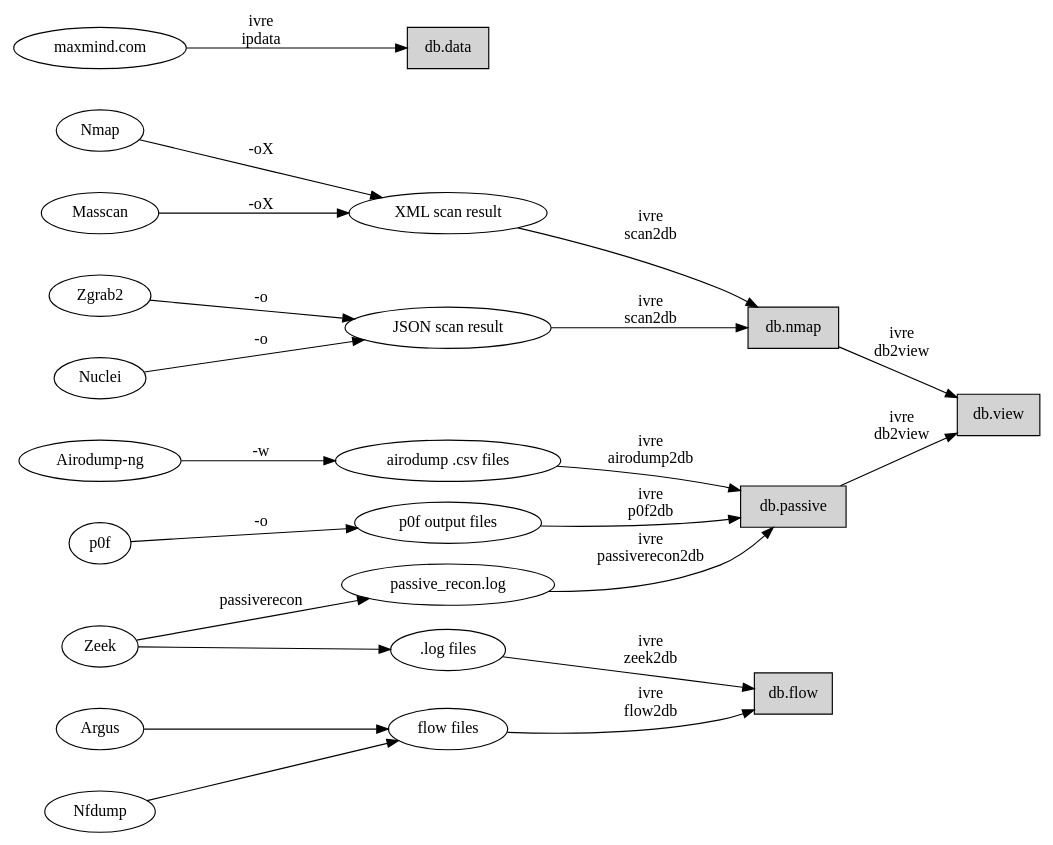
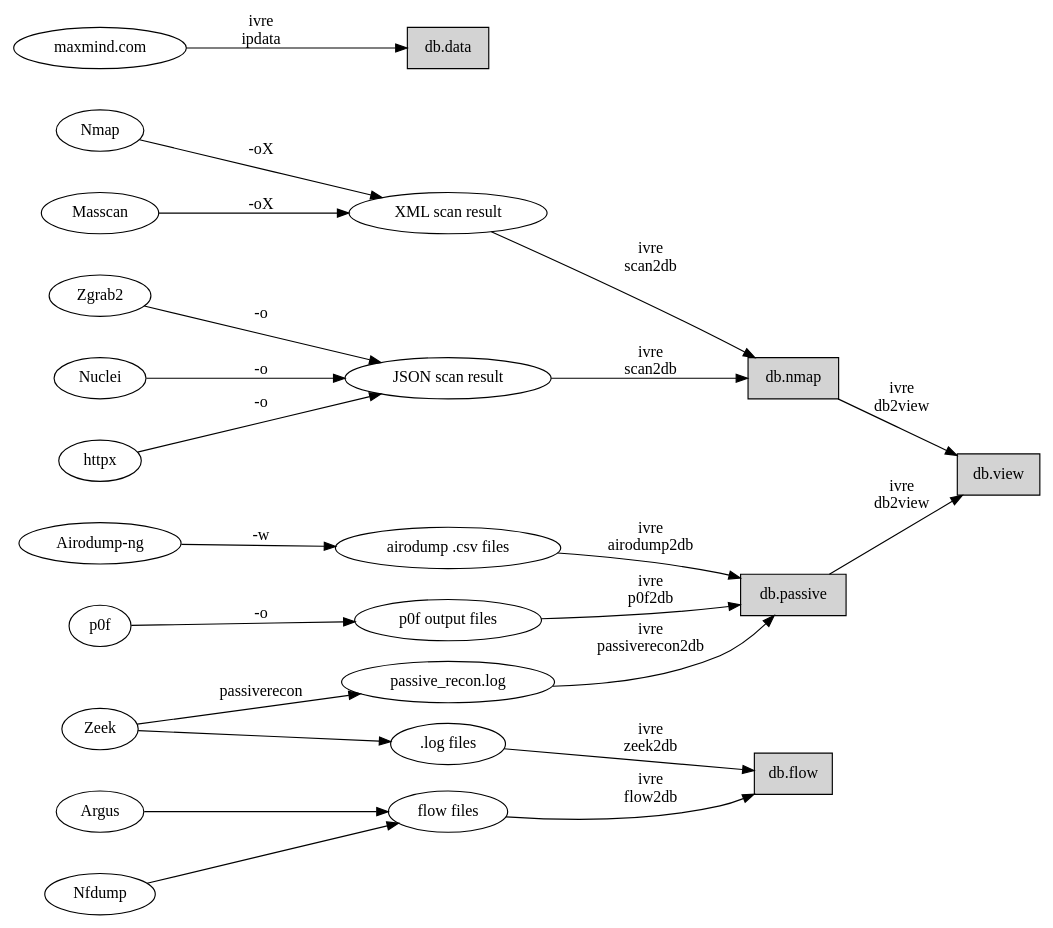
One commit to ivre/ivre changed the first of 3 diagrams in doc/overview/principles.rst. Above: the diagram before and after it, drawn with Graphviz. The commit also changed other lines of this file and 12 other files, not shown here.

```diff
--- a/doc/overview/principles.rst
+++ b/doc/overview/principles.rst
@@ -76,60 +79,62 @@
 .. graphviz::
 
    digraph {
       graph [rankdir=LR];
 
       "maxmind.com";
       "Nmap";
       "Masscan";
       "Zgrab2";
       "Nuclei";
+      "httpx";
       "Airodump-ng";
       "p0f";
       "Zeek";
       "Zeek";
       "Argus";
       "Nfdump";
 
       XML [label="XML scan result"];
       JSON [label="JSON scan result"];
       CSV_LOG [label="airodump .csv files"];
       P0F_LOG [label="p0f output files"];
       PASS_LOG [label="passive_recon.log"];
       FLOW_LOG [label=".log files"];
       FLOWS [label="flow files"];
 
       db_data [label="db.data" shape="box" style="filled"];
       db_nmap [label="db.nmap" shape="box" style="filled"];
       db_passive [label="db.passive" shape="box" style="filled"];
       db_flow [label="db.flow" shape="box" style="filled"];
       db_view [label="db.view" shape="box" style="filled"];
 
       "maxmind.com" -> db_data [label="ivre\nipdata"];
       "Nmap" -> XML [label="-oX"];
       "Masscan" -> XML [label="-oX"];
       "Zgrab2" -> JSON [label="-o"];
       "Nuclei" -> JSON [label="-o"];
+      "httpx" -> JSON [label="-o"];
       "Airodump-ng" -> CSV_LOG [label="-w"];
       "p0f" -> P0F_LOG [label="-o"];
       "Zeek" -> PASS_LOG [label="passiverecon"];
       "Zeek" -> FLOW_LOG;
       "Argus" -> FLOWS;
       "Nfdump" -> FLOWS;
 
       XML -> db_nmap [label="ivre\nscan2db"];
       JSON -> db_nmap [label="ivre\nscan2db"];
       CSV_LOG -> db_passive [label="ivre\nairodump2db"];
       P0F_LOG -> db_passive [label="ivre\np0f2db"];
       PASS_LOG -> db_passive [label="ivre\npassiverecon2db"];
       FLOW_LOG -> db_flow [label="ivre\nzeek2db"];
       FLOWS -> db_flow [label="ivre\nflow2db"];
       db_passive -> db_view [label="ivre\ndb2view"];
       db_nmap -> db_view [label="ivre\ndb2view"];
 
       {
         rank = same;
         edge[style=invis];
-        "maxmind.com" -> "Nmap" -> "Masscan" -> "Zgrab2" -> "Nuclei" -> "Airodump-ng" -> "p0f" -> "Zeek" -> "Zeek" -> "Argus" -> "Nfdump";
+        "maxmind.com" -> "Nmap" -> "Masscan" -> "Zgrab2" -> "Nuclei" -> "httpx" -> "Airodump-ng" -> "p0f" -> "Zeek" -> "Zeek" -> "Argus" -> "Nfdump";
         rankdir = UD;
       }
    }
```
